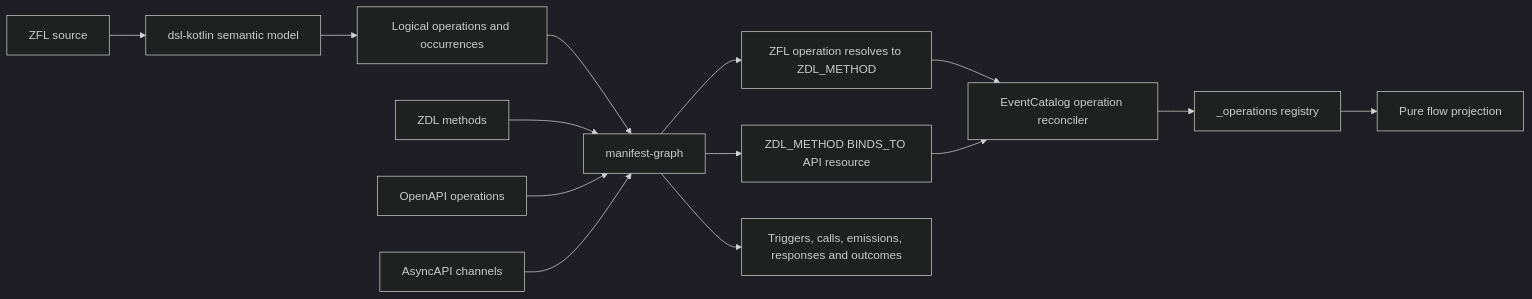
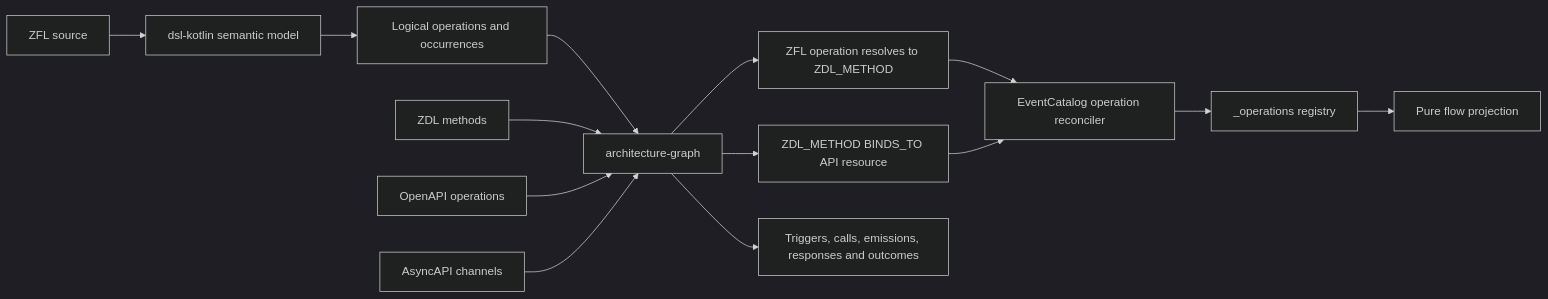
One commit to ZenWave360/zenwave-sdk changed the diagram in plugins/event-catalog-generator/FULL_FIDELITY_ZFL_GRAPH_PLAN.md. Above: the diagram before and after it, drawn with Mermaid (dark theme). The commit also changed other lines of this file and 17 other files, not shown here.

First line of the commit message:
build(event-catalog-generator): migrate to io.zenwave360.architecture 1.0.0-SNAPSHOT

````diff
--- a/plugins/event-catalog-generator/FULL_FIDELITY_ZFL_GRAPH_PLAN.md
+++ b/plugins/event-catalog-generator/FULL_FIDELITY_ZFL_GRAPH_PLAN.md
@@ -22,19 +22,19 @@
 ```mermaid
 flowchart LR
     ZFL["ZFL source"] --> DSL["dsl-kotlin semantic model"]
     DSL --> OCC["Logical operations and occurrences"]
-    OCC --> GRAPH["manifest-graph"]
+    OCC --> GRAPH["architecture-graph"]
 
     ZDL["ZDL methods"] --> GRAPH
     OA["OpenAPI operations"] --> GRAPH
     AA["AsyncAPI channels"] --> GRAPH
 
     GRAPH --> ID["ZFL operation resolves to ZDL_METHOD"]
     GRAPH --> BIND["ZDL_METHOD BINDS_TO API resource"]
     GRAPH --> FLOW["Triggers, calls, emissions, responses and outcomes"]
 
     ID --> REC["EventCatalog operation reconciler"]
     BIND --> REC
     REC --> REG["_operations registry"]
     REG --> PROJ["Pure flow projection"]
 ```
````
